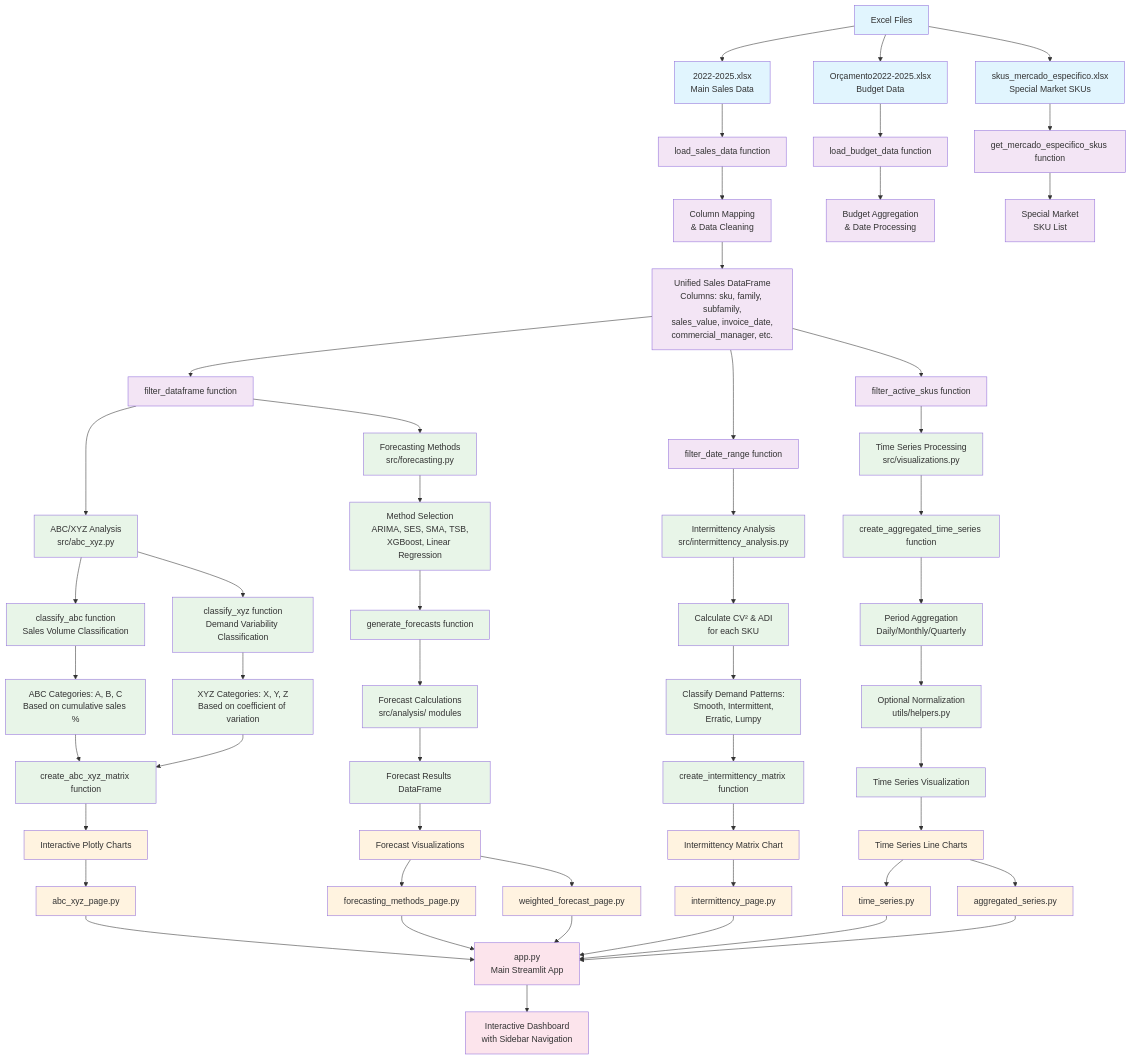
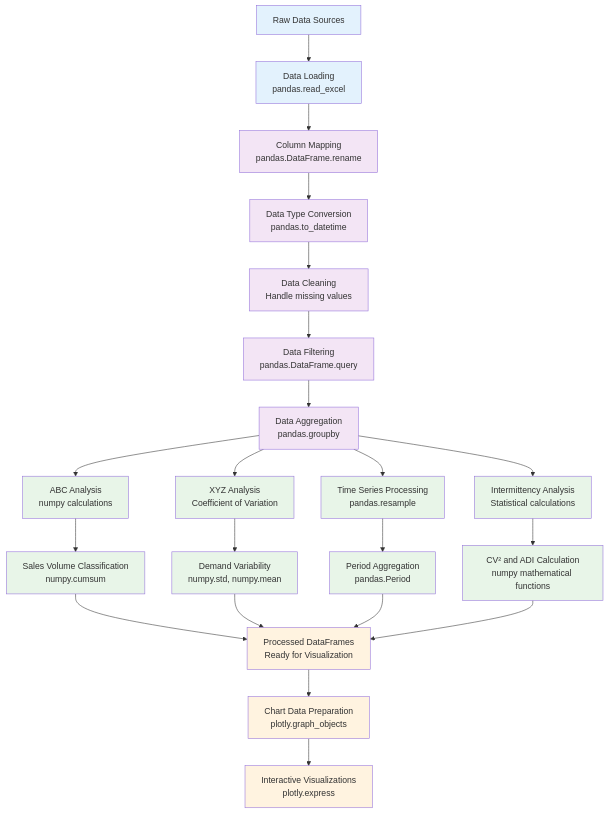
Before and after one commit to Ribas55/Dashboard: the diagram in Data_Processing_Flow_Diagram.md, drawn with Mermaid. The commit also changed other lines of this file, not shown here.

Commit message:
Simplify data processing flow diagram - focus on extraction and processing steps with library usage

````diff
--- a/Data_Processing_Flow_Diagram.md
+++ b/Data_Processing_Flow_Diagram.md
@@ -4,94 +4,47 @@
 ```mermaid
 flowchart TD
-    %% Data Sources
-    A[Excel Files] --> B1[2022-2025.xlsx<br/>Main Sales Data]
-    A --> B2[Orçamento2022-2025.xlsx<br/>Budget Data]
-    A --> B3[skus_mercado_especifico.xlsx<br/>Special Market SKUs]
+    %% Data Extraction
+    A[Raw Data Sources] --> B[Data Loading<br/>pandas.read_excel]
     
-    %% Initial Data Loading - data_loader.py
-    B1 --> C1[load_sales_data function]
-    B2 --> C2[load_budget_data function]
-    B3 --> C3[get_mercado_especifico_skus function]
+    %% Data Processing
+    B --> C[Column Mapping<br/>pandas.DataFrame.rename]
+    C --> D[Data Type Conversion<br/>pandas.to_datetime]
+    D --> E[Data Cleaning<br/>Handle missing values]
     
-    %% Data Loading Processing
-    C1 --> D1[Column Mapping<br/>& Data Cleaning]
-    C2 --> D2[Budget Aggregation<br/>& Date Processing]
-    C3 --> D3[Special Market<br/>SKU List]
+    %% Data Transformation
+    E --> F[Data Filtering<br/>pandas.DataFrame.query]
+    F --> G[Data Aggregation<br/>pandas.groupby]
     
-    %% Core Data Structure
-    D1 --> E[Unified Sales DataFrame<br/>Columns: sku, family, subfamily,<br/>sales_value, invoice_date,<br/>commercial_manager, etc.]
+    %% Analysis Processing
+    G --> H1[ABC Analysis<br/>numpy calculations]
+    G --> H2[XYZ Analysis<br/>Coefficient of Variation]
+    G --> H3[Time Series Processing<br/>pandas.resample]
+    G --> H4[Intermittency Analysis<br/>Statistical calculations]
     
-    %% Filtering Layer - utils/filters.py
-    E --> F1[filter_dataframe function]
-    E --> F2[filter_date_range function]
-    E --> F3[filter_active_skus function]
+    %% Statistical Calculations
+    H1 --> I1[Sales Volume Classification<br/>numpy.cumsum]
+    H2 --> I2[Demand Variability<br/>numpy.std, numpy.mean]
+    H3 --> I3[Period Aggregation<br/>pandas.Period]
+    H4 --> I4[CV² and ADI Calculation<br/>numpy mathematical functions]
     
-    %% Analysis Modules
-    F1 --> G1[ABC/XYZ Analysis<br/>src/abc_xyz.py]
-    F2 --> G2[Intermittency Analysis<br/>src/intermittency_analysis.py]
-    F3 --> G3[Time Series Processing<br/>src/visualizations.py]
-    F1 --> G4[Forecasting Methods<br/>src/forecasting.py]
+    %% Results
+    I1 --> J[Processed DataFrames<br/>Ready for Visualization]
+    I2 --> J
+    I3 --> J
+    I4 --> J
     
-    %% ABC/XYZ Processing
-    G1 --> H1[classify_abc function<br/>Sales Volume Classification]
-    G1 --> H2[classify_xyz function<br/>Demand Variability Classification]
-    H1 --> H3[ABC Categories: A, B, C<br/>Based on cumulative sales %]
-    H2 --> H4[XYZ Categories: X, Y, Z<br/>Based on coefficient of variation]
-    H3 --> I1[create_abc_xyz_matrix function]
-    H4 --> I1
-    
-    %% Intermittency Processing
-    G2 --> J1[Calculate CV² & ADI<br/>for each SKU]
-    J1 --> J2[Classify Demand Patterns:<br/>Smooth, Intermittent,<br/>Erratic, Lumpy]
-    J2 --> J3[create_intermittency_matrix function]
-    
-    %% Time Series Processing
-    G3 --> K1[create_aggregated_time_series function]
-    K1 --> K2[Period Aggregation<br/>Daily/Monthly/Quarterly]
-    K2 --> K3[Optional Normalization<br/>utils/helpers.py]
-    K3 --> K4[Time Series Visualization]
-    
-    %% Forecasting Processing
-    G4 --> L1[Method Selection<br/>ARIMA, SES, SMA, TSB,<br/>XGBoost, Linear Regression]
-    L1 --> L2[generate_forecasts function]
-    L2 --> L3[Forecast Calculations<br/>src/analysis/ modules]
-    L3 --> L4[Forecast Results DataFrame]
-    
-    %% Visualization Layer - src/visualizations.py
-    I1 --> M1[Interactive Plotly Charts]
-    J3 --> M2[Intermittency Matrix Chart]
-    K4 --> M3[Time Series Line Charts]
-    L4 --> M4[Forecast Visualizations]
-    
-    %% Streamlit Pages Layer
-    M1 --> N1[abc_xyz_page.py]
-    M2 --> N2[intermittency_page.py]
-    M3 --> N3[time_series.py]
-    M3 --> N4[aggregated_series.py]
-    M4 --> N5[forecasting_methods_page.py]
-    M4 --> N6[weighted_forecast_page.py]
-    
-    %% Main Application
-    N1 --> O[app.py<br/>Main Streamlit App]
-    N2 --> O
-    N3 --> O
-    N4 --> O
-    N5 --> O
-    N6 --> O
-    
-    %% User Interface
-    O --> P[Interactive Dashboard<br/>with Sidebar Navigation]
+    %% Visualization Preparation
+    J --> K[Chart Data Preparation<br/>plotly.graph_objects]
+    K --> L[Interactive Visualizations<br/>plotly.express]
     
     %% Styling
-    classDef sourceFiles fill:#e1f5fe
+    classDef extraction fill:#e3f2fd
     classDef processing fill:#f3e5f5
     classDef analysis fill:#e8f5e8
-    classDef visualization fill:#fff3e0
-    classDef ui fill:#fce4ec
+    classDef output fill:#fff3e0
     
-    class A,B1,B2,B3 sourceFiles
-    class C1,C2,C3,D1,D2,D3,E,F1,F2,F3 processing
-    class G1,G2,G3,G4,H1,H2,H3,H4,I1,J1,J2,J3,K1,K2,K3,K4,L1,L2,L3,L4 analysis
-    class M1,M2,M3,M4,N1,N2,N3,N4,N5,N6 visualization
-    class O,P ui
+    class A,B extraction
+    class C,D,E,F,G processing
+    class H1,H2,H3,H4,I1,I2,I3,I4 analysis
+    class J,K,L output
 ```
````
